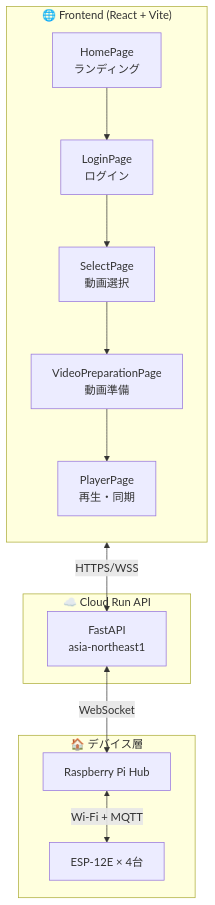
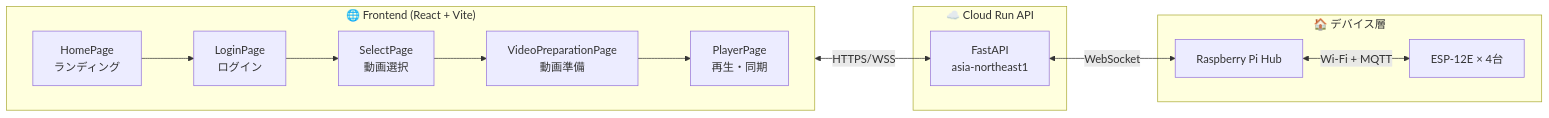
One commit to jphacks/kz_2504 changed the first of 6 diagrams in docs/frontend-specification-awardday.md. Above: the diagram before and after it, drawn with Mermaid.

Commit message:
フローチャートの方向をTBからLRに変更

````diff
--- a/docs/frontend-specification-awardday.md
+++ b/docs/frontend-specification-awardday.md
@@ -42,29 +42,29 @@
 ```mermaid
-flowchart TB
+flowchart LR
     subgraph Frontend["🌐 Frontend (React + Vite)"]
-        direction TB
+        direction LR
         HP[HomePage<br/>ランディング]
         LP[LoginPage<br/>ログイン]
         SP[SelectPage<br/>動画選択]
         PP[VideoPreparationPage<br/>動画準備]
         PL[PlayerPage<br/>再生・同期]
     end
     
     subgraph Backend["☁️ Cloud Run API"]
         API[FastAPI<br/>asia-northeast1]
     end
     
     subgraph Device["🏠 デバイス層"]
         PI[Raspberry Pi Hub]
         ESP[ESP-12E × 4台]
     end
     
     HP --> LP
     LP --> SP
     SP --> PP
     PP --> PL
     
     Frontend <-->|HTTPS/WSS| API
     API <-->|WebSocket| PI
     PI <-->|Wi-Fi + MQTT| ESP
 ```
````
